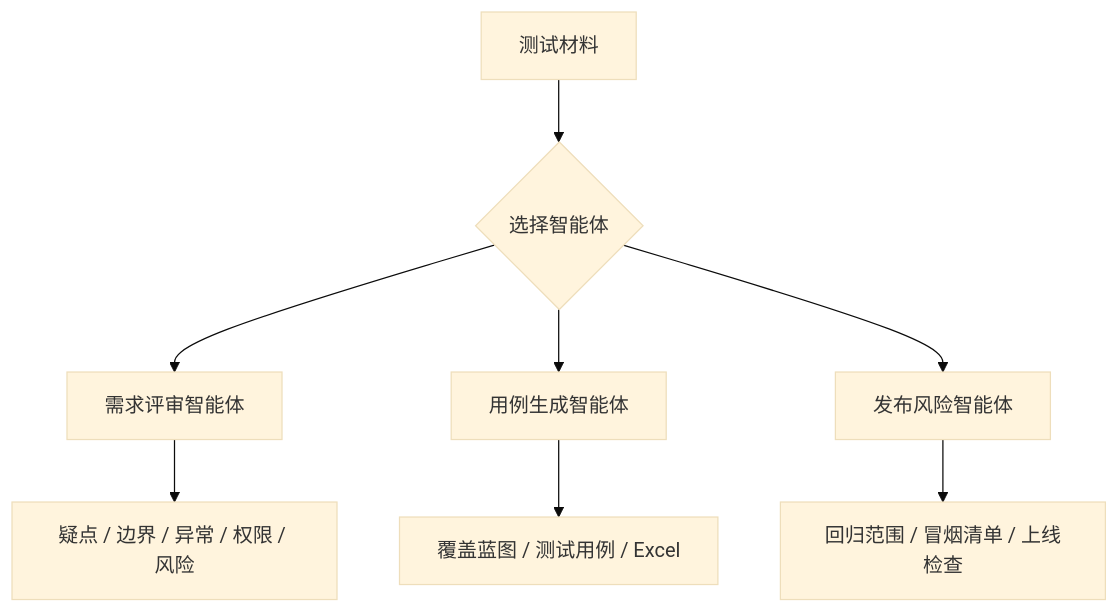
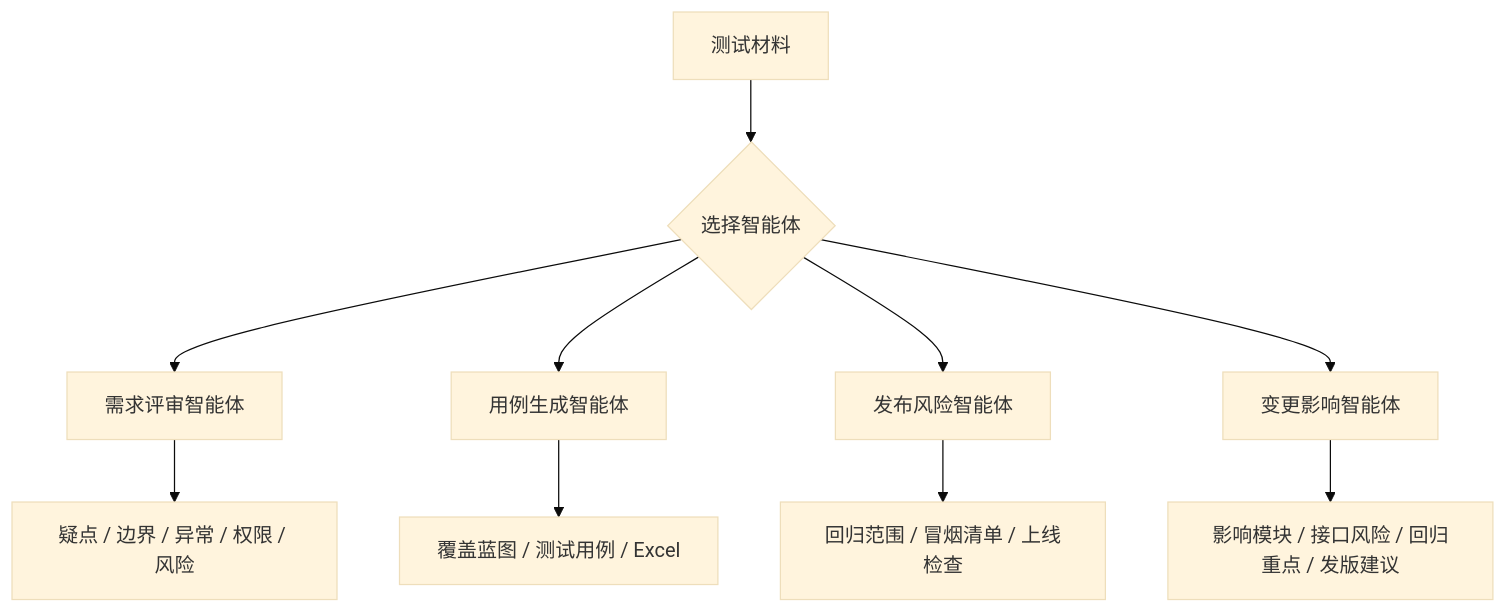
Before and after one commit to swseven-hub/TestMind: the first of 2 diagrams in README.md, drawn with Mermaid (base theme). The commit also changed other lines of this file and 5 other files, not shown here.

````diff
--- a/README.md
+++ b/README.md
@@ -58,10 +60,12 @@
 ```mermaid
 flowchart TD
   A["测试材料"] --> B{"选择智能体"}
   B --> C["需求评审智能体"]
   B --> D["用例生成智能体"]
   B --> E["发布风险智能体"]
+  B --> I["变更影响智能体"]
   C --> F["疑点 / 边界 / 异常 / 权限 / 风险"]
   D --> G["覆盖蓝图 / 测试用例 / Excel"]
   E --> H["回归范围 / 冒烟清单 / 上线检查"]
+  I --> J["影响模块 / 接口风险 / 回归重点 / 发版建议"]
 ```
````
